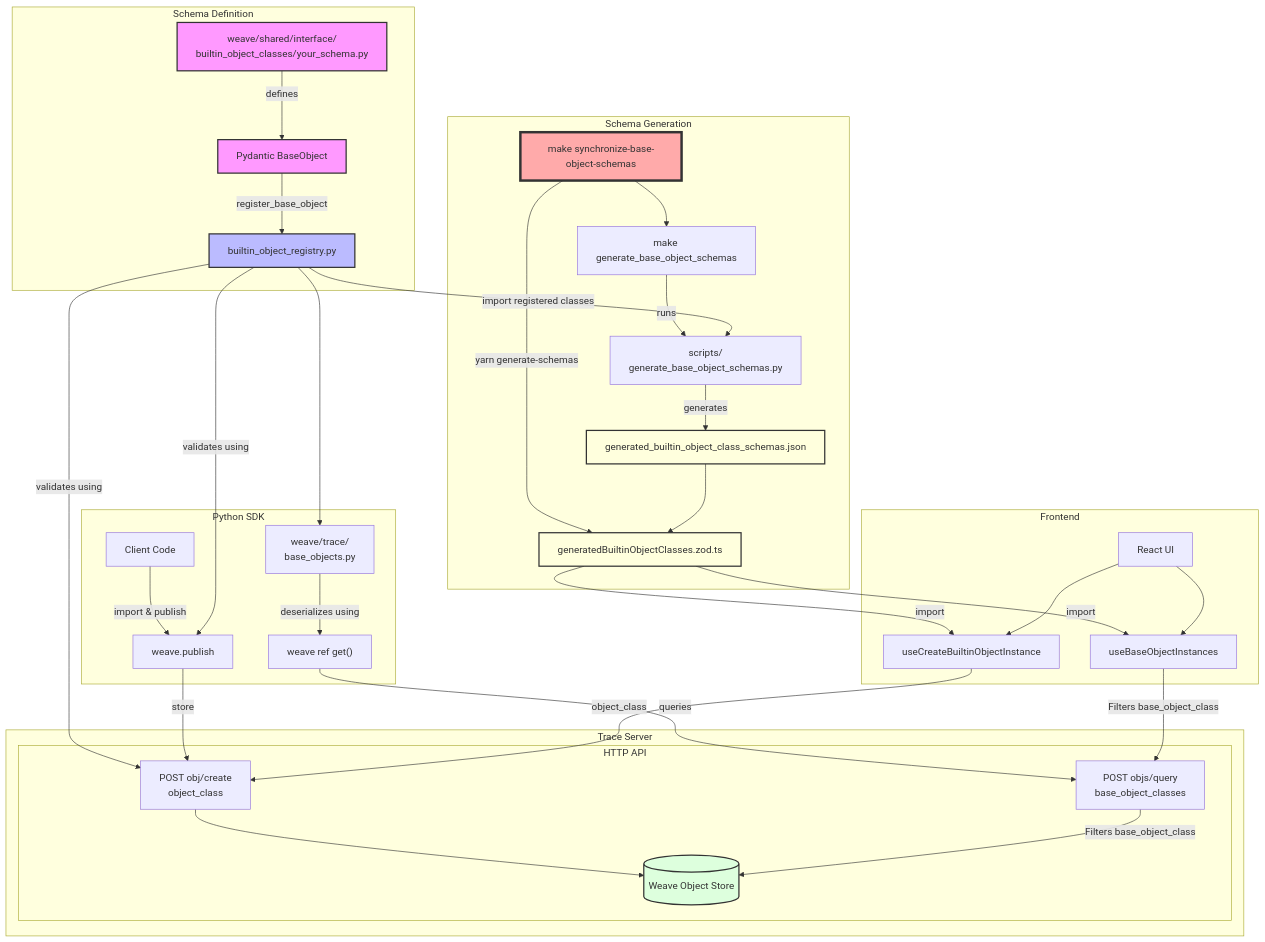
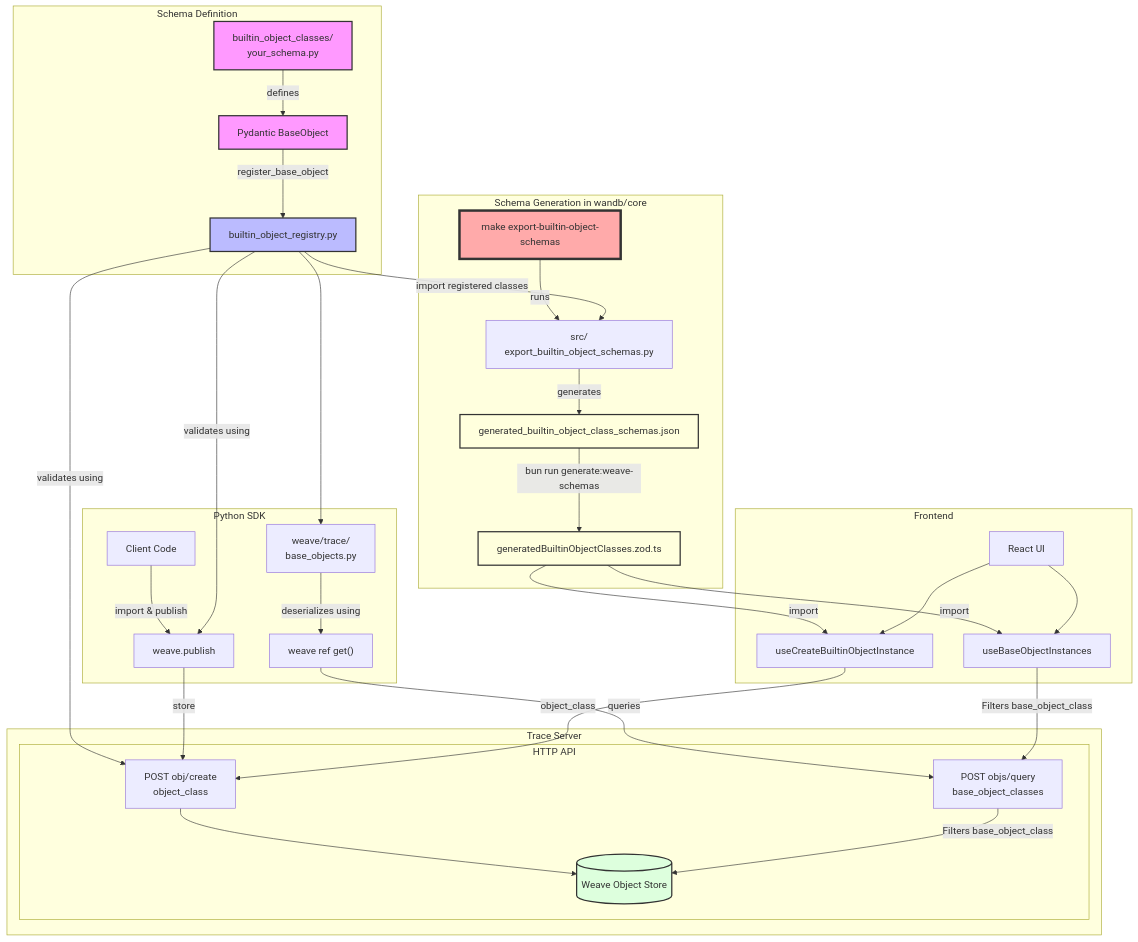
The diagram in dev_docs/BuiltinObjectClasses.md (wandb/weave), drawn with Mermaid before and after one commit. The commit also changed other lines of this file and 1 other file, not shown here.

First line of the commit message:
chore(weave): document that the server's types live in core (#8032)

````diff
--- a/dev_docs/BuiltinObjectClasses.md
+++ b/dev_docs/BuiltinObjectClasses.md
@@ -177,50 +177,48 @@
 ```mermaid
 graph TD
     subgraph Schema Definition
-        F["weave/shared/interface/<br>builtin_object_classes/your_schema.py"] --> |defines| P[Pydantic BaseObject]
+        F["builtin_object_classes/<br>your_schema.py"] --> |defines| P[Pydantic BaseObject]
         P --> |register_base_object| R["builtin_object_registry.py"]
     end
 
-    subgraph Schema Generation
-        M["make synchronize-base-object-schemas"] --> G["make generate_base_object_schemas"]
-        G --> |runs| S["scripts/<br>generate_base_object_schemas.py"]
+    subgraph "Schema Generation in wandb/core"
+        M["make export-builtin-object-schemas"] --> |runs| S["src/<br>export_builtin_object_schemas.py"]
         R --> |import registered classes| S
         S --> |generates| J["generated_builtin_object_class_schemas.json"]
-        M --> |yarn generate-schemas| Z["generatedBuiltinObjectClasses.zod.ts"]
-        J --> Z
+        J --> |bun run generate:weave-schemas| Z["generatedBuiltinObjectClasses.zod.ts"]
     end
 
     subgraph "Trace Server"
         subgraph "HTTP API"
             R --> |validates using| HW["POST obj/create<br>object_class"]
             HW --> DB[(Weave Object Store)]
             HR["POST objs/query<br>base_object_classes"] --> |Filters base_object_class| DB
         end
     end
 
     subgraph "Python SDK"
         PW[Client Code] --> |import & publish| W[weave.publish]
         W --> |store| HW
         R --> |validates using| W
         PR["weave ref get()"] --> |queries| HR
         R --> BO["weave/trace/<br>base_objects.py"]
         BO --> |deserializes using| PR
     end
 
     subgraph "Frontend"
         Z --> |import| UBI["useBaseObjectInstances"]
         Z --> |import| UCI["useCreateBuiltinObjectInstance"]
         UBI --> |Filters base_object_class| HR
         UCI --> |object_class| HW
         UI[React UI] --> UBI
         UI --> UCI
     end
 
     style F fill:#f9f,stroke:#333,stroke-width:2px
     style P fill:#f9f,stroke:#333,stroke-width:2px
     style R fill:#bbf,stroke:#333,stroke-width:2px
     style DB fill:#dfd,stroke:#333,stroke-width:2px
     style J fill:#ffd,stroke:#333,stroke-width:2px
     style Z fill:#ffd,stroke:#333,stroke-width:2px
     style M fill:#faa,stroke:#333,stroke-width:4px
 ```
````
